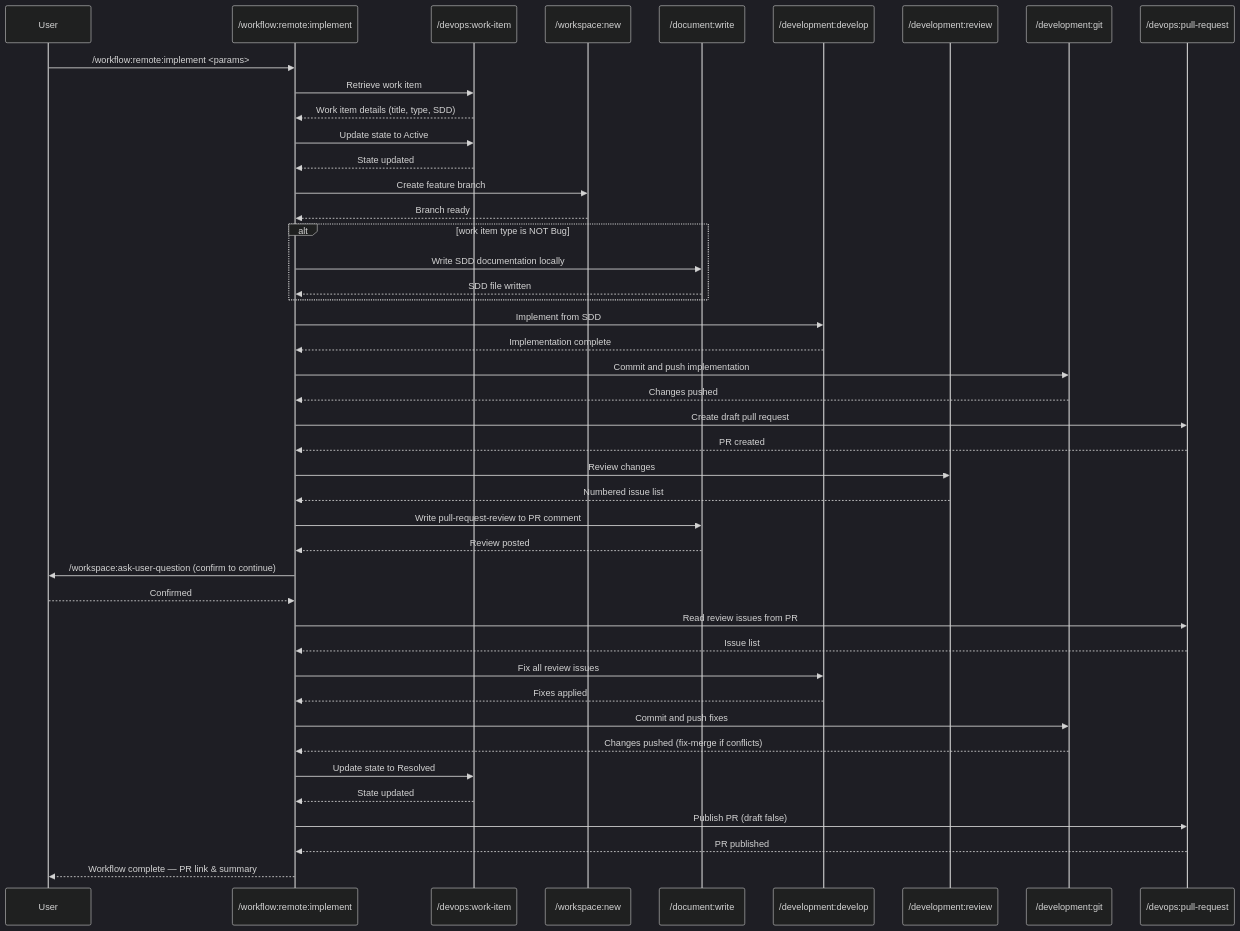
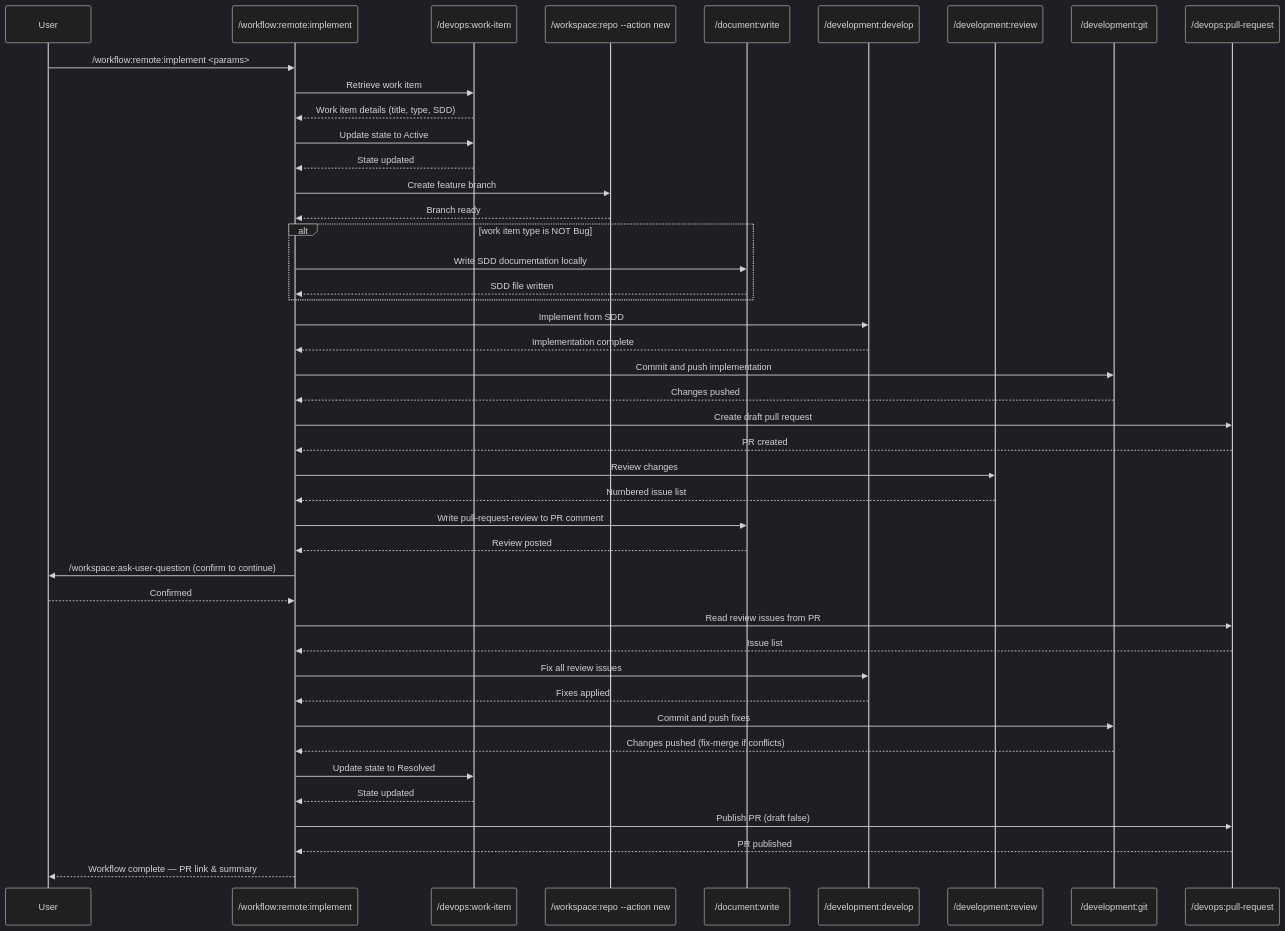
Before and after one commit to zzaia/zzaia-agentic-workspace: the diagram in .claude/commands/workflow/remote/implement.md, drawn with Mermaid (dark theme). The commit also changed other lines of this file and 26 other files, not shown here.

````diff
--- a/.claude/commands/workflow/remote/implement.md
+++ b/.claude/commands/workflow/remote/implement.md
@@ -113,59 +113,59 @@
 ```mermaid
 sequenceDiagram
     participant U as User
     participant P as /workflow:remote:implement
     participant WI as /devops:work-item
-    participant WN as /workspace:new
+    participant WN as /workspace:repo --action new
     participant DW as /document:write
     participant DD as /development:develop
     participant DR as /development:review
     participant DG as /development:git
     participant PR as /devops:pull-request
 
     U->>P: /workflow:remote:implement <params>
 
     P->>WI: Retrieve work item
     WI-->>P: Work item details (title, type, SDD)
     P->>WI: Update state to Active
     WI-->>P: State updated
 
     P->>WN: Create feature branch
     WN-->>P: Branch ready
 
     alt work item type is NOT Bug
         P->>DW: Write SDD documentation locally
         DW-->>P: SDD file written
     end
 
     P->>DD: Implement from SDD
     DD-->>P: Implementation complete
 
     P->>DG: Commit and push implementation
     DG-->>P: Changes pushed
 
     P->>PR: Create draft pull request
     PR-->>P: PR created
 
     P->>DR: Review changes
     DR-->>P: Numbered issue list
     P->>DW: Write pull-request-review to PR comment
     DW-->>P: Review posted
     P->>U: /workspace:ask-user-question (confirm to continue)
     U-->>P: Confirmed
 
     P->>PR: Read review issues from PR
     PR-->>P: Issue list
 
     P->>DD: Fix all review issues
     DD-->>P: Fixes applied
 
     P->>DG: Commit and push fixes
     DG-->>P: Changes pushed (fix-merge if conflicts)
     P->>WI: Update state to Resolved
     WI-->>P: State updated
 
     P->>PR: Publish PR (draft false)
     PR-->>P: PR published
 
     P-->>U: Workflow complete — PR link & summary
 ```
````
